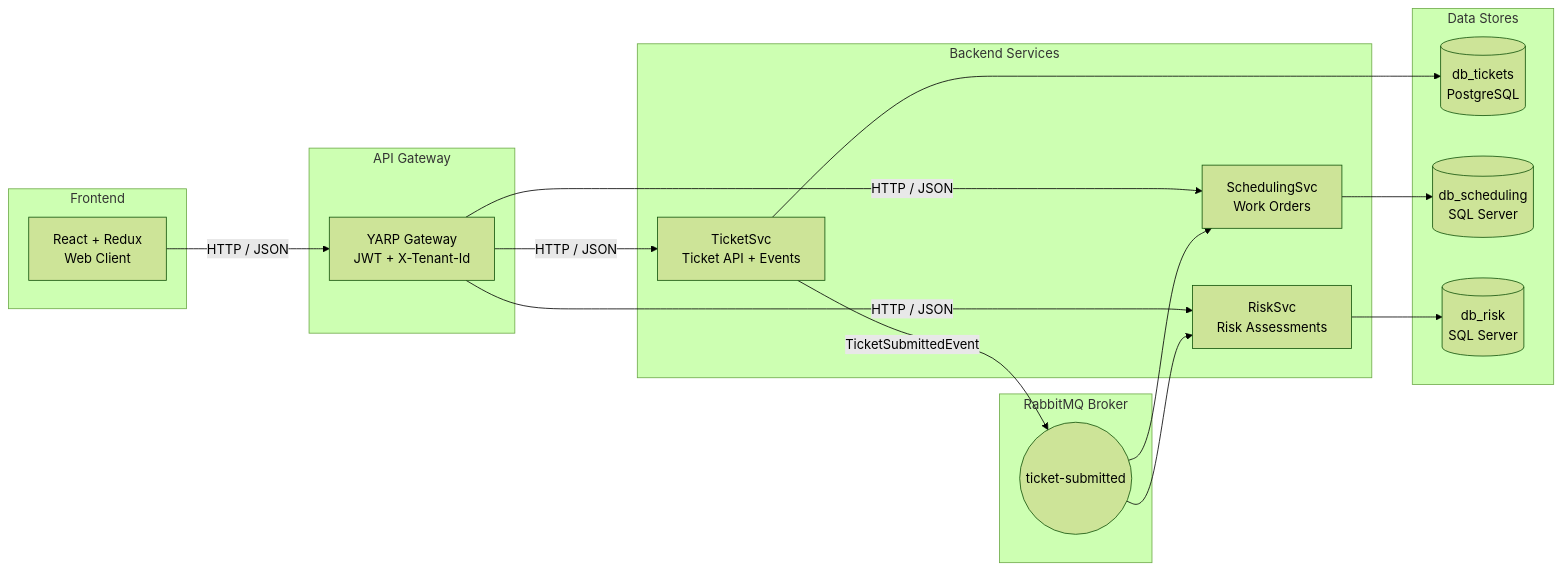
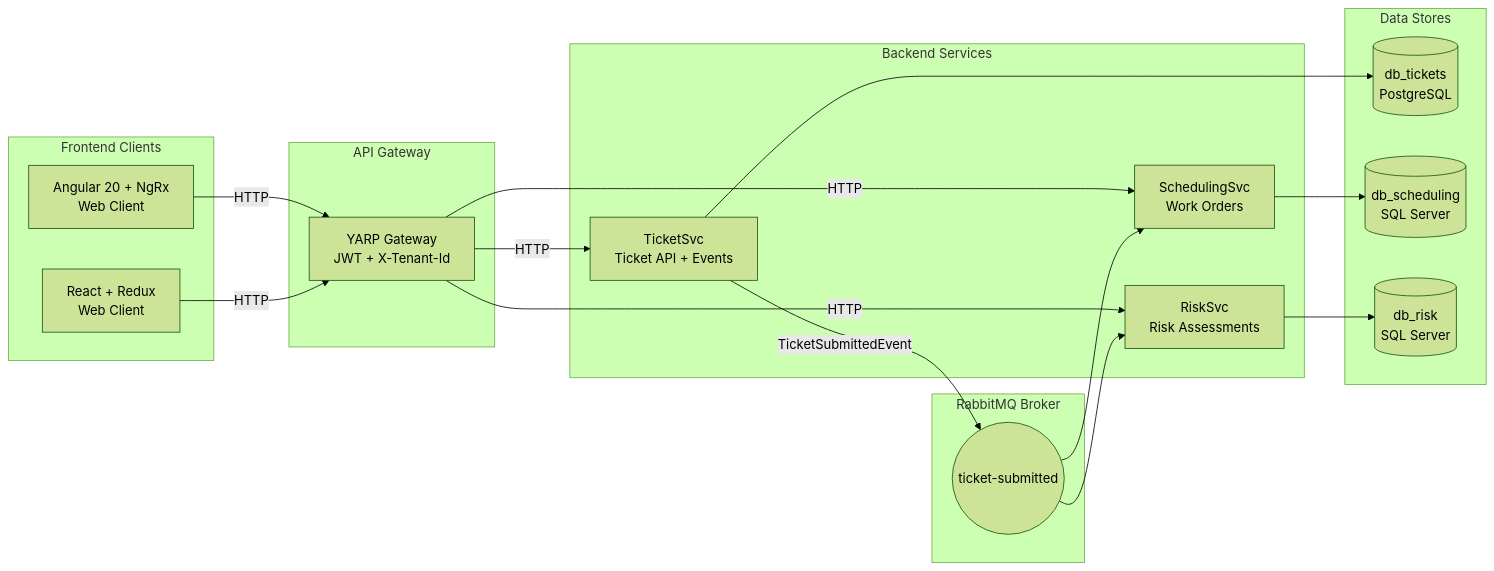
The diagram in README.md (Sbadhon/Damage-Prevention), drawn with Mermaid (forest theme) before and after one commit. The commit also changed other lines of this file, not shown here.

Commit message:
CI-Include Angular

````diff
--- a/README.md
+++ b/README.md
@@ -20,42 +20,46 @@
 ```mermaid
 flowchart LR
-    subgraph FE[Frontend]
-        W[React + Redux<br/>Web Client]
+    subgraph FE[Frontend Clients]
+        A[Angular 20 + NgRx<br/>Web Client]
+        R[React + Redux<br/>Web Client]
     end
 
     subgraph GW[API Gateway]
         G[YARP Gateway<br/>JWT + X-Tenant-Id]
     end
 
     subgraph API[Backend Services]
         T[TicketSvc<br/>Ticket API + Events]
         S[SchedulingSvc<br/>Work Orders]
-        R[RiskSvc<br/>Risk Assessments]
+        RSK[RiskSvc<br/>Risk Assessments]
     end
 
     subgraph MQ[RabbitMQ Broker]
         Q1((ticket-submitted))
     end
 
     subgraph DB[Data Stores]
         DB2[(db_tickets<br/>PostgreSQL)]
         DB1[(db_scheduling<br/>SQL Server)]
         DB3[(db_risk<br/>SQL Server)]
     end
 
-    %% HTTP call flow
-    W -->|HTTP / JSON| G
-    G -->|HTTP / JSON| T
-    G -->|HTTP / JSON| S
-    G -->|HTTP / JSON| R
+    %% Clients → Gateway
+    A -->|HTTP| G
+    R -->|HTTP| G
+
+    %% Gateway → Services
+    G -->|HTTP| T
+    G -->|HTTP| S
+    G -->|HTTP| RSK
 
     %% Events
     T -- TicketSubmittedEvent --> Q1
     Q1 --> S
-    Q1 --> R
+    Q1 --> RSK
 
     %% Persistence
     T --> DB2
     S --> DB1
-    R --> DB3
+    RSK --> DB3
 ```
````
